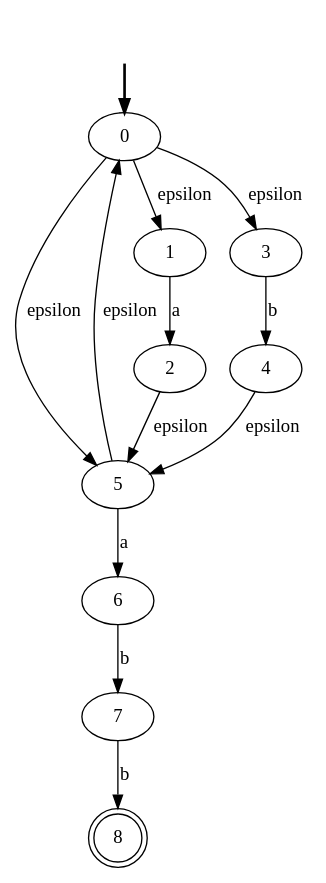
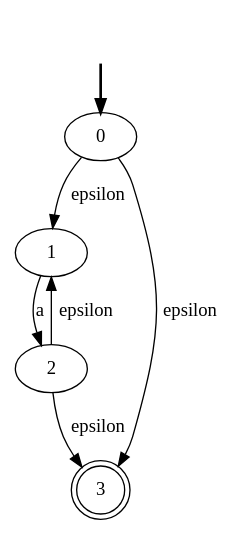
The diagram in resultado.dot (JDiegoS/Proyecto-1-DLP), drawn with Graphviz before and after one commit. The commit also changed 14 other files, not shown here.

```diff
--- a/resultado.dot
+++ b/resultado.dot
@@ -1,24 +1,13 @@
 digraph {
 	fake0 [style=invisible]
-	5
-	8 [shape=doublecircle]
-	4
+	2
+	1
 	0 [root=true]
-	1
-	2
-	3
-	7
-	6
+	3 [shape=doublecircle]
 	fake0 -> 0 [style=bold]
-	5 -> 0 [label=epsilon]
+	0 -> 1 [label=epsilon]
 	0 -> 3 [label=epsilon]
-	0 -> 5 [label=epsilon]
-	0 -> 1 [label=epsilon]
+	2 -> 1 [label=epsilon]
+	2 -> 3 [label=epsilon]
 	1 -> 2 [label=a]
-	3 -> 4 [label=b]
-	2 -> 5 [label=epsilon]
-	4 -> 5 [label=epsilon]
-	5 -> 6 [label=a]
-	6 -> 7 [label=b]
-	7 -> 8 [label=b]
 }
```
